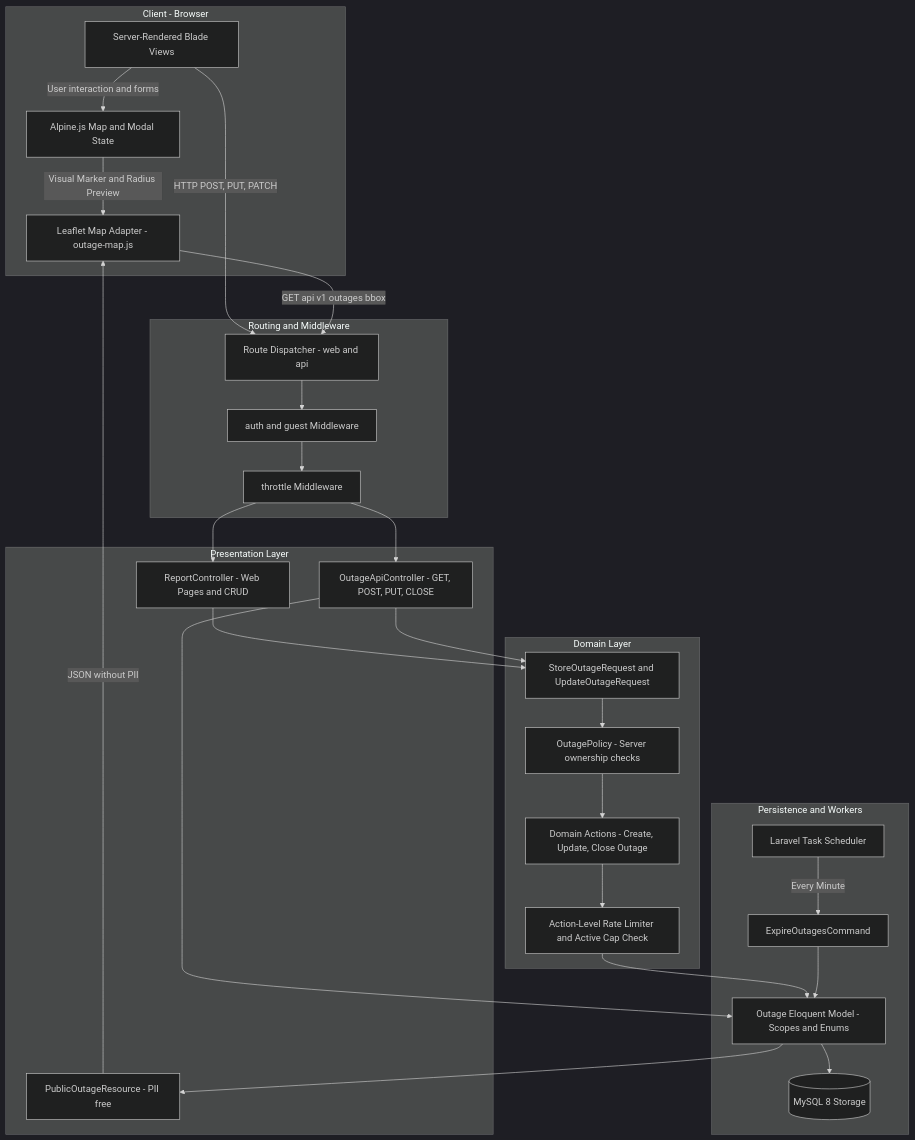
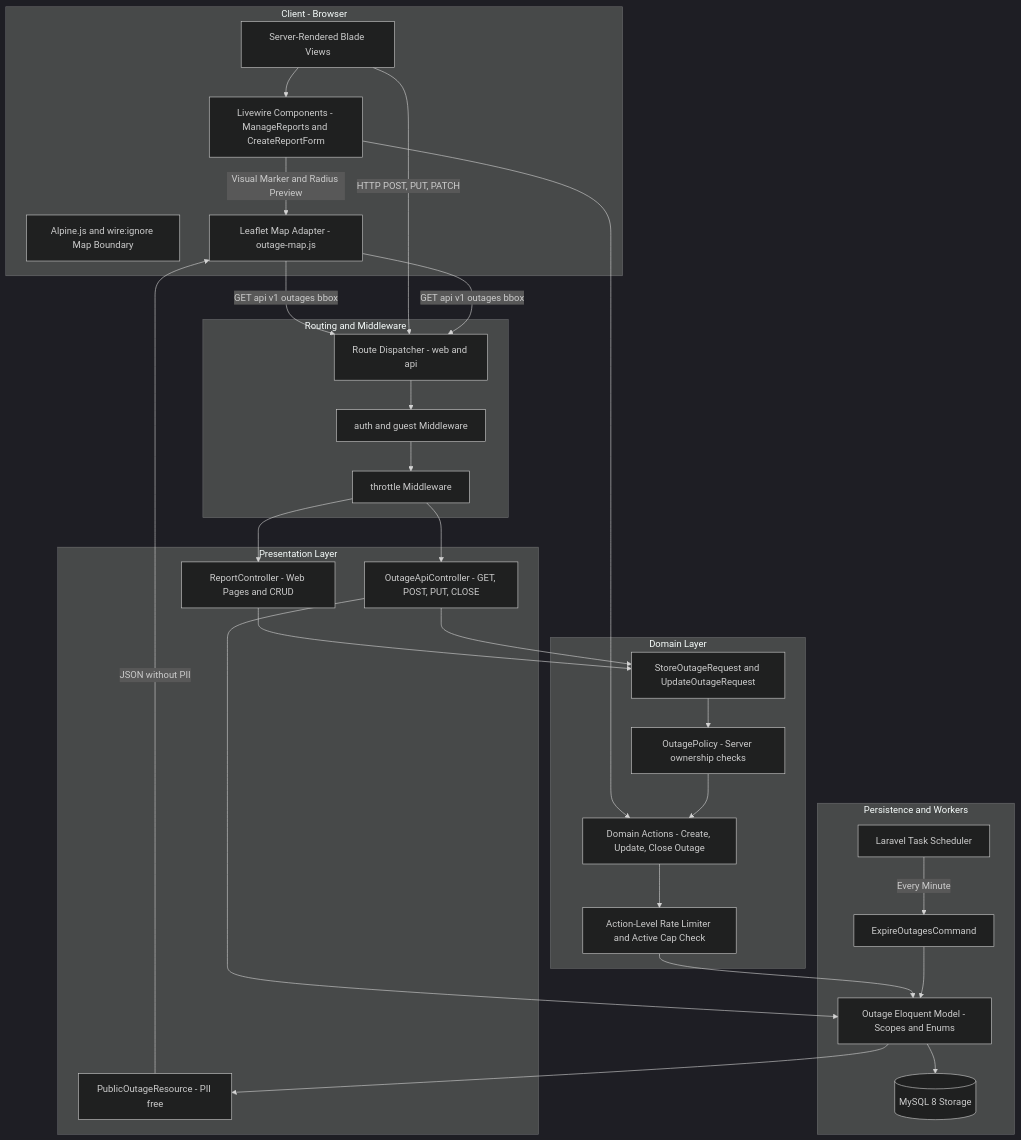
One commit to AlbertsH13/power-outage-map changed the second of 5 diagrams in ARCHITECTURE.md. Above: the diagram before and after it, drawn with Mermaid (dark theme). The commit also changed other lines of this file and 10 other files, not shown here.

Commit message:
feat: incrementally integrate Livewire for forms and datatables while preserving map adapter

````diff
--- a/ARCHITECTURE.md
+++ b/ARCHITECTURE.md
@@ -52,59 +52,62 @@
 ```mermaid
 flowchart TD
     subgraph Client ["Client - Browser"]
         UI["Server-Rendered Blade Views"]
-        Alpine["Alpine.js Map and Modal State"]
+        Livewire["Livewire Components - ManageReports and CreateReportForm"]
+        Alpine["Alpine.js and wire:ignore Map Boundary"]
         Adapter["Leaflet Map Adapter - outage-map.js"]
     end
 
     subgraph HTTP ["Routing and Middleware"]
         Route["Route Dispatcher - web and api"]
         AuthMid["auth and guest Middleware"]
         ThrottleMid["throttle Middleware"]
     end
 
     subgraph Presentation ["Presentation Layer"]
         ReportController["ReportController - Web Pages and CRUD"]
         ApiController["OutageApiController - GET, POST, PUT, CLOSE"]
         Resource["PublicOutageResource - PII free"]
     end
 
     subgraph Domain ["Domain Layer"]
         Policy["OutagePolicy - Server ownership checks"]
         FormRequest["StoreOutageRequest and UpdateOutageRequest"]
         Actions["Domain Actions - Create, Update, Close Outage"]
         ActionLimiter["Action-Level Rate Limiter and Active Cap Check"]
     end
 
     subgraph Persistence ["Persistence and Workers"]
         Model["Outage Eloquent Model - Scopes and Enums"]
         DB[("MySQL 8 Storage")]
         Job["ExpireOutagesCommand"]
         SchedulerCron["Laravel Task Scheduler"]
     end
 
-    UI -->|"User interaction and forms"| Alpine
-    Alpine -->|"Visual Marker and Radius Preview"| Adapter
+    UI --> Livewire
+    Livewire -->|"Visual Marker and Radius Preview"| Adapter
+    Adapter -->|"GET api v1 outages bbox"| Route
+    Livewire --> Actions
     UI -->|"HTTP POST, PUT, PATCH"| Route
     Adapter -->|"GET api v1 outages bbox"| Route
 
     Route --> AuthMid
     AuthMid --> ThrottleMid
     ThrottleMid --> ReportController
     ThrottleMid --> ApiController
 
     ApiController --> Model
     Model --> Resource
     Resource -->|"JSON without PII"| Adapter
 
     ReportController --> FormRequest
     ApiController --> FormRequest
     FormRequest --> Policy
     Policy --> Actions
     Actions --> ActionLimiter
     ActionLimiter --> Model
     Model --> DB
 
     SchedulerCron -->|"Every Minute"| Job
     Job --> Model
 ```
````
